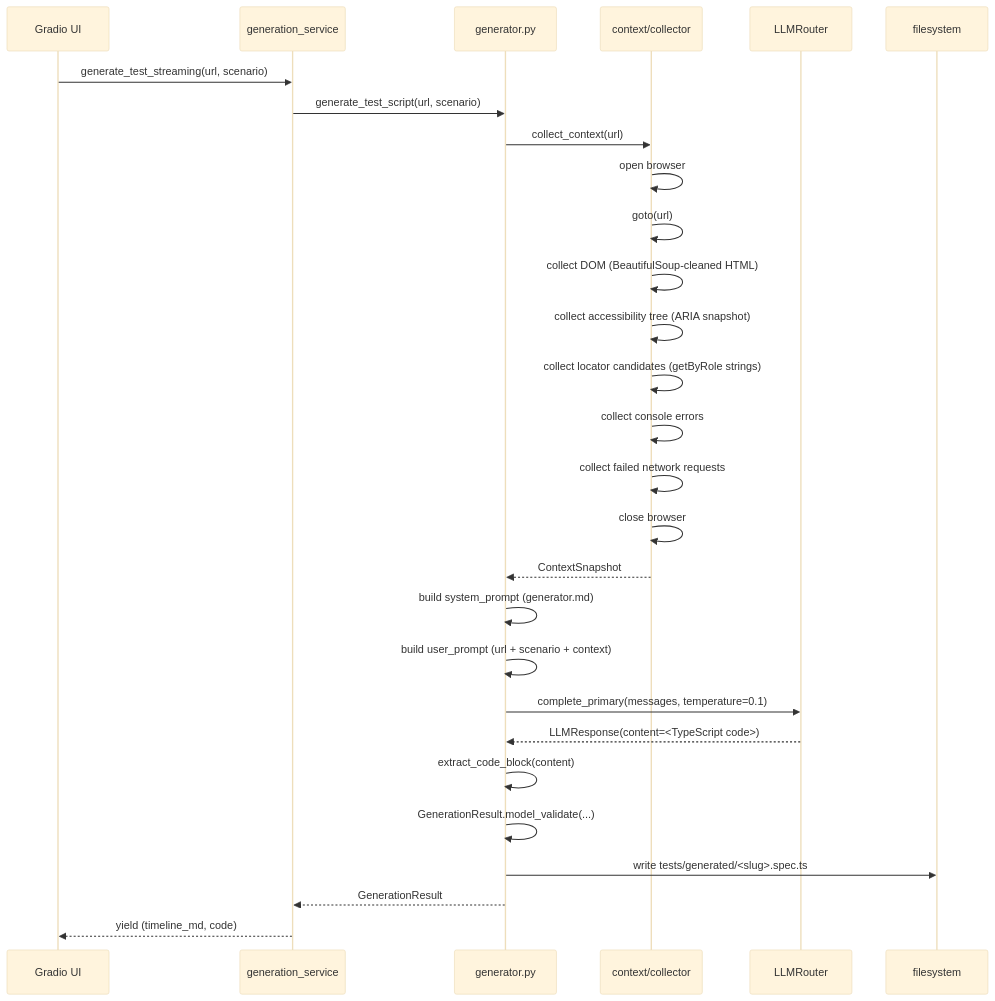
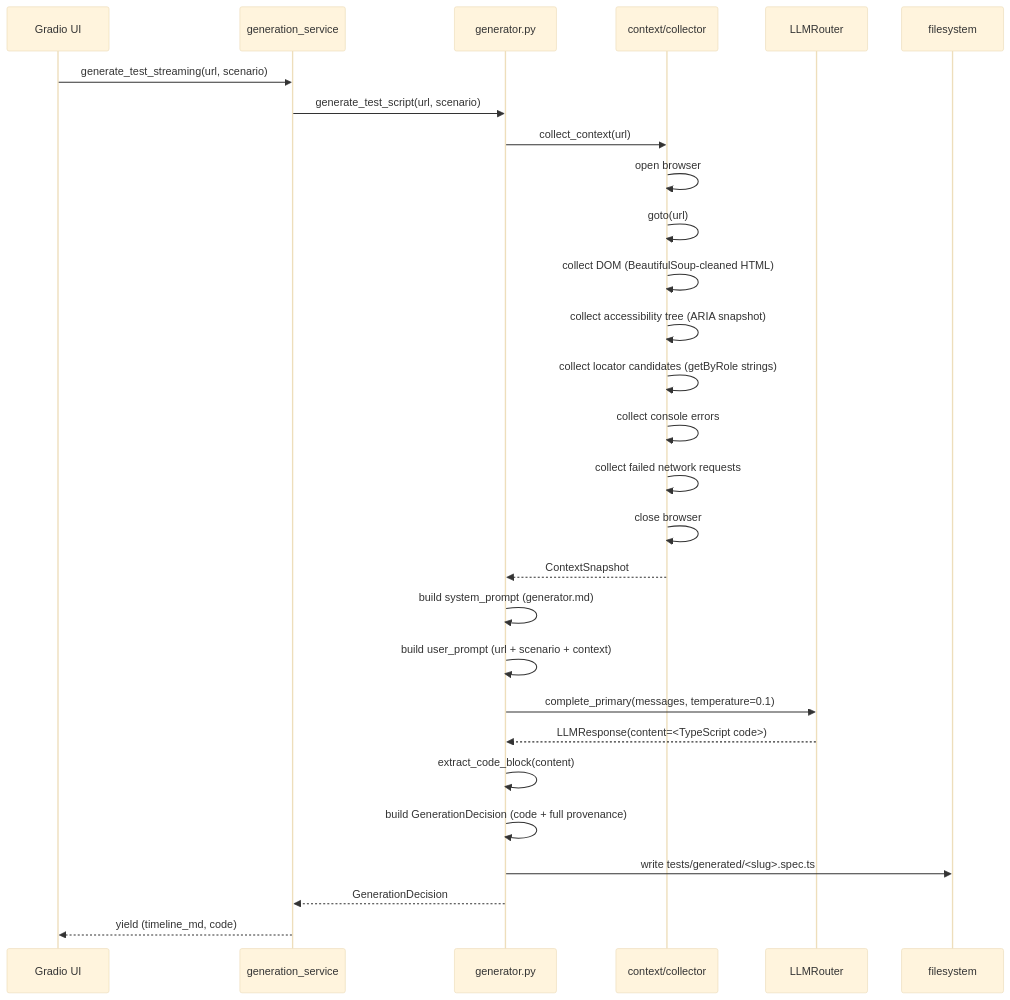
The first of 2 diagrams in docs/architecture/generation.md (yashwant-das/testing-llm-automation-engine), drawn with Mermaid (base theme) before and after one commit. The commit also changed other lines of this file and 20 other files, not shown here.

````diff
--- a/docs/architecture/generation.md
+++ b/docs/architecture/generation.md
@@ -32,31 +32,31 @@
 ```mermaid
 sequenceDiagram
     participant UI as Gradio UI
     participant SVC as generation_service
     participant GEN as generator.py
     participant CTX as context/collector
     participant LLM as LLMRouter
     participant FS as filesystem
 
     UI->>SVC: generate_test_streaming(url, scenario)
     SVC->>GEN: generate_test_script(url, scenario)
     GEN->>CTX: collect_context(url)
     CTX->>CTX: open browser
     CTX->>CTX: goto(url)
     CTX->>CTX: collect DOM (BeautifulSoup-cleaned HTML)
     CTX->>CTX: collect accessibility tree (ARIA snapshot)
     CTX->>CTX: collect locator candidates (getByRole strings)
     CTX->>CTX: collect console errors
     CTX->>CTX: collect failed network requests
     CTX->>CTX: close browser
     CTX-->>GEN: ContextSnapshot
     GEN->>GEN: build system_prompt (generator.md)
     GEN->>GEN: build user_prompt (url + scenario + context)
     GEN->>LLM: complete_primary(messages, temperature=0.1)
     LLM-->>GEN: LLMResponse(content=<TypeScript code>)
     GEN->>GEN: extract_code_block(content)
-    GEN->>GEN: GenerationResult.model_validate(...)
+    GEN->>GEN: build GenerationDecision (code + full provenance)
     GEN->>FS: write tests/generated/<slug>.spec.ts
-    GEN-->>SVC: GenerationResult
+    GEN-->>SVC: GenerationDecision
     SVC-->>UI: yield (timeline_md, code)
 ```
````
